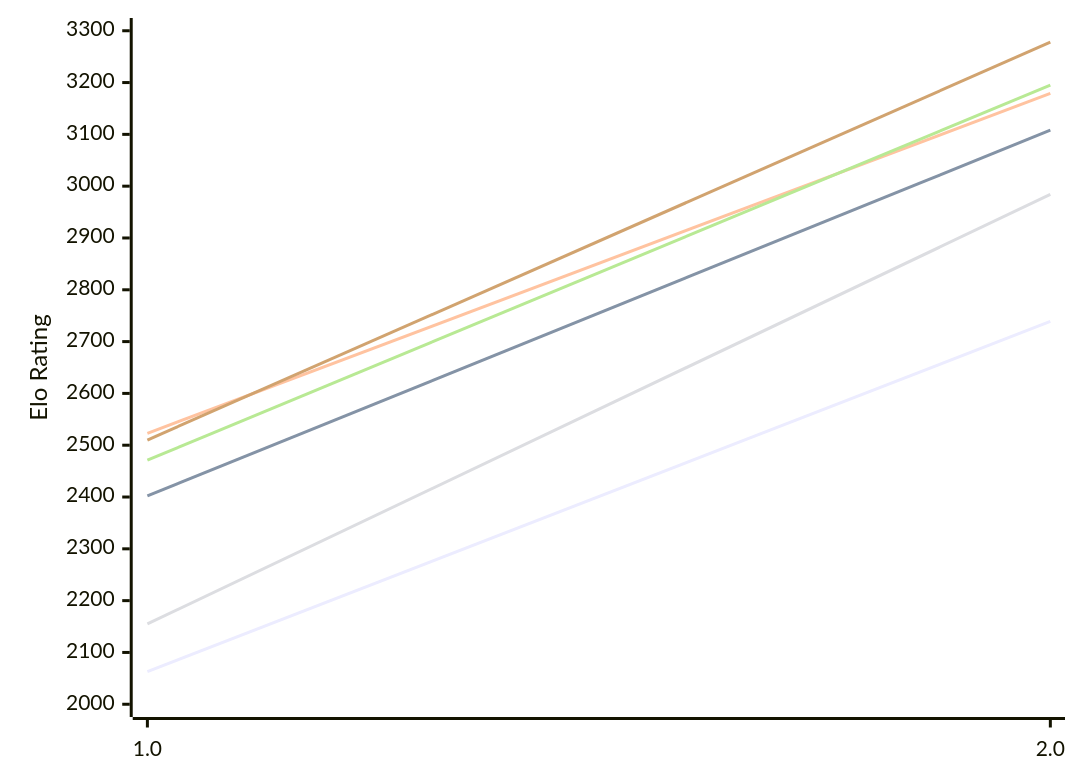
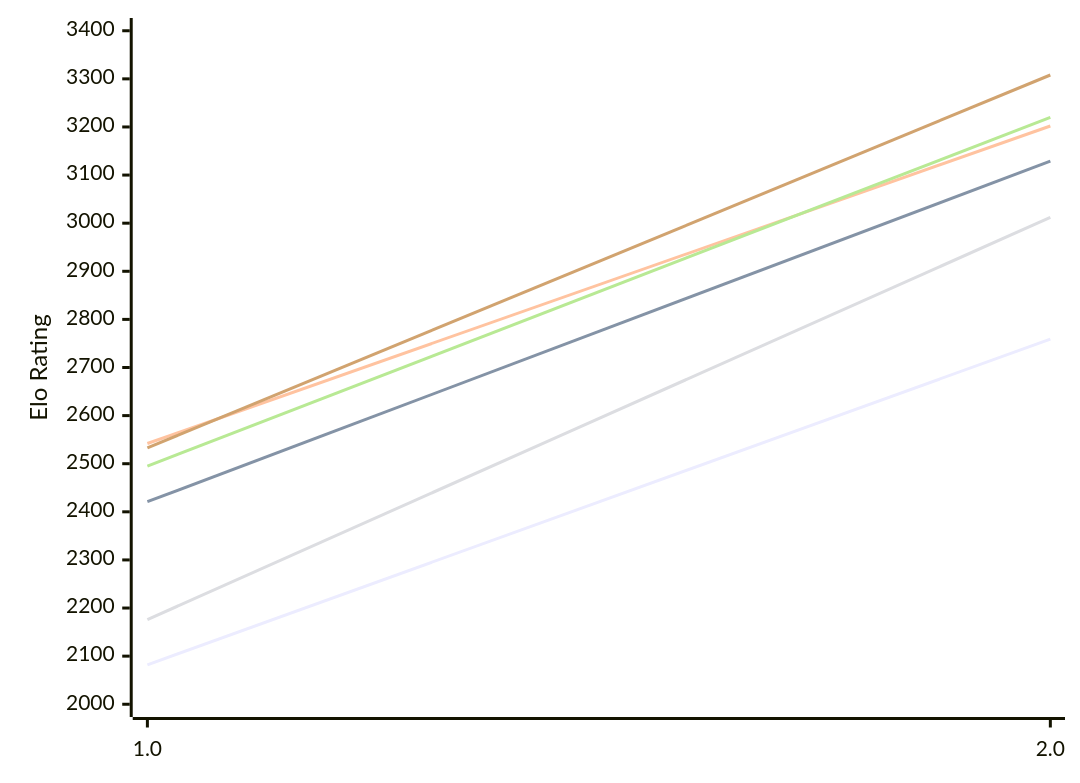
The diagram in engines/Scarlet.md (computer-chess-index/cci), drawn with Mermaid before and after one commit. The commit also changed other lines of this file, not shown here.

Commit message:
Update CCI Ratings (ELO VLTC) - 2026-10-20

````diff
--- a/engines/Scarlet.md
+++ b/engines/Scarlet.md
@@ -49,12 +49,12 @@
 ```mermaid
 %%{init: {"theme":"base","themeVariables":{"seriesColors:['#a3a3a3','#222221','#faa371']}}}%%
 xychart-beta
   x-axis ["1.0", "2.0"]
-  y-axis "Elo Rating" 2000 --> 3300
-  line "E1: STC (8.0+0.08s)" [2063, 2739]
-  line "E1: LTC (60.0+0.60s)" [2402, 3108]
-  line "E1: VLTC (2m24s+1.12s)" [2523, 3179]
-  line "P1: STC (8.0+0.08s)" [2155, 2984]
-  line "P1: LTC (60.0+0.60s)" [2471, 3195]
-  line "P1: VLTC (2m24s+1.12s)" [2510, 3278]
+  y-axis "Elo Rating" 2000 --> 3400
+  line "E1: STC (8.0+0.08s)" [2082, 2759]
+  line "E1: LTC (60.0+0.60s)" [2421, 3129]
+  line "E1: VLTC (2m24s+1.12s)" [2542, 3202]
+  line "P1: STC (8.0+0.08s)" [2176, 3012]
+  line "P1: LTC (60.0+0.60s)" [2495, 3220]
+  line "P1: VLTC (2m24s+1.12s)" [2533, 3308]
 ```
````
